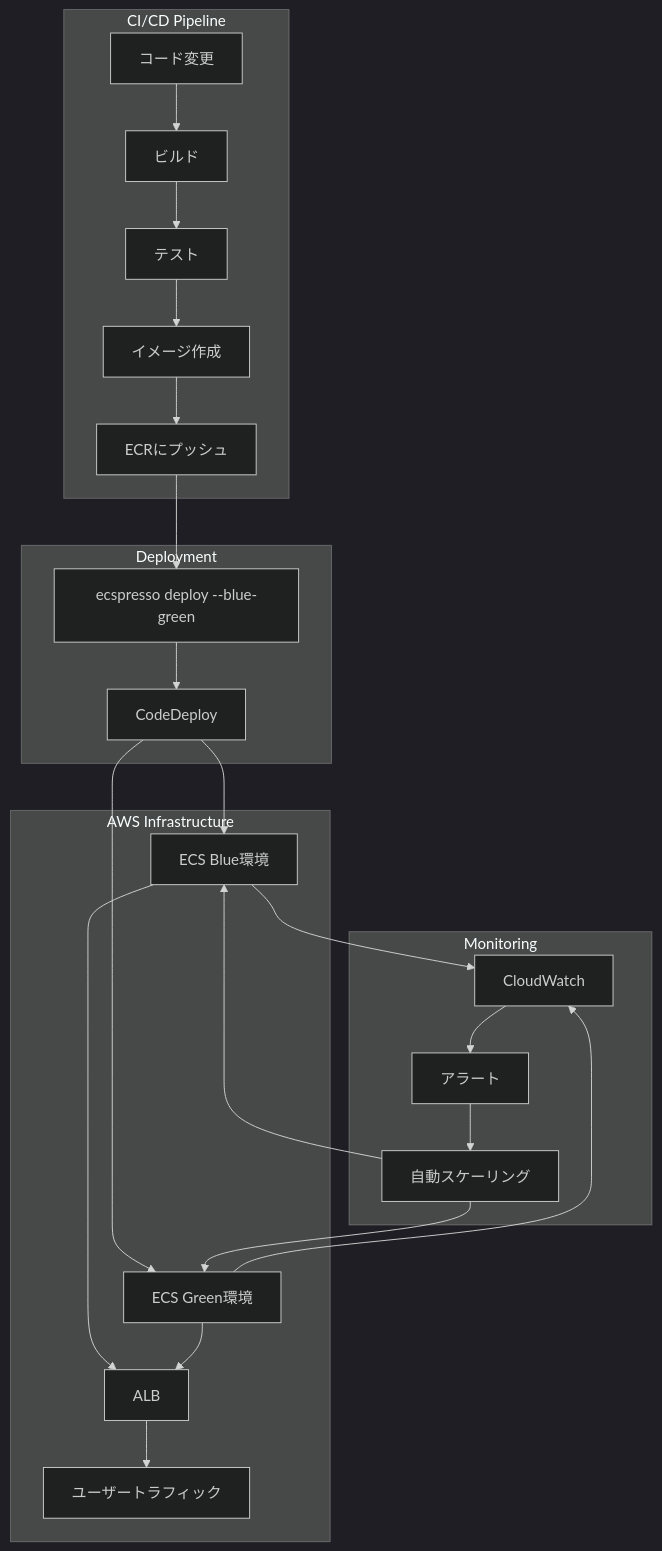
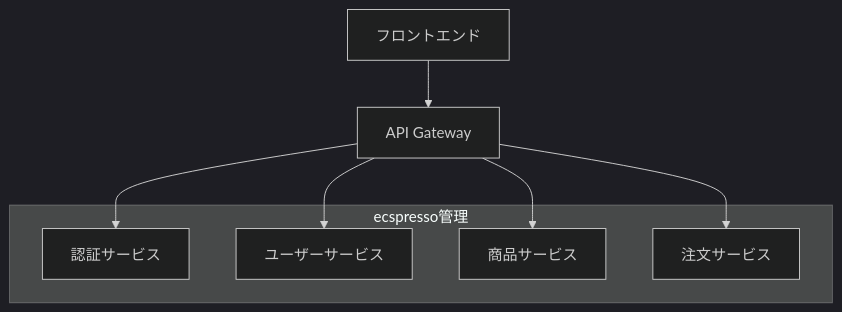
One commit to bufferings/devin-docs changed the first of 2 diagrams in ecspresso/practical/large-scale.md. Above: the diagram before and after it, drawn with Mermaid (dark theme). The commit also changed other lines of this file and 12 other files, not shown here.

````diff
--- a/ecspresso/practical/large-scale.md
+++ b/ecspresso/practical/large-scale.md
@@ -189,31 +90,15 @@
 ```mermaid
-graph TB
-    subgraph "CI/CD Pipeline"
-    A[コード変更] --> B[ビルド]
-    B --> C[テスト]
-    C --> D[イメージ作成]
-    D --> E[ECRにプッシュ]
-    end
-    
-    subgraph "Deployment"
-    E --> F[ecspresso deploy --blue-green]
-    F --> G[CodeDeploy]
-    end
-    
-    subgraph "AWS Infrastructure"
-    G --> H[ECS Blue環境]
-    G --> I[ECS Green環境]
-    H --> J[ALB]
-    I --> J
-    J --> K[ユーザートラフィック]
-    end
-    
-    subgraph "Monitoring"
-    H --> L[CloudWatch]
-    I --> L
-    L --> M[アラート]
-    M --> N[自動スケーリング]
-    N --> H
-    N --> I
-    end
+graph TD
+  A[フロントエンド] --> B[API Gateway]
+  B --> C[認証サービス]
+  B --> D[ユーザーサービス]
+  B --> E[商品サービス]
+  B --> F[注文サービス]
+  
+  subgraph "ecspresso管理"
+    C
+    D
+    E
+    F
+  end
 ```
````
